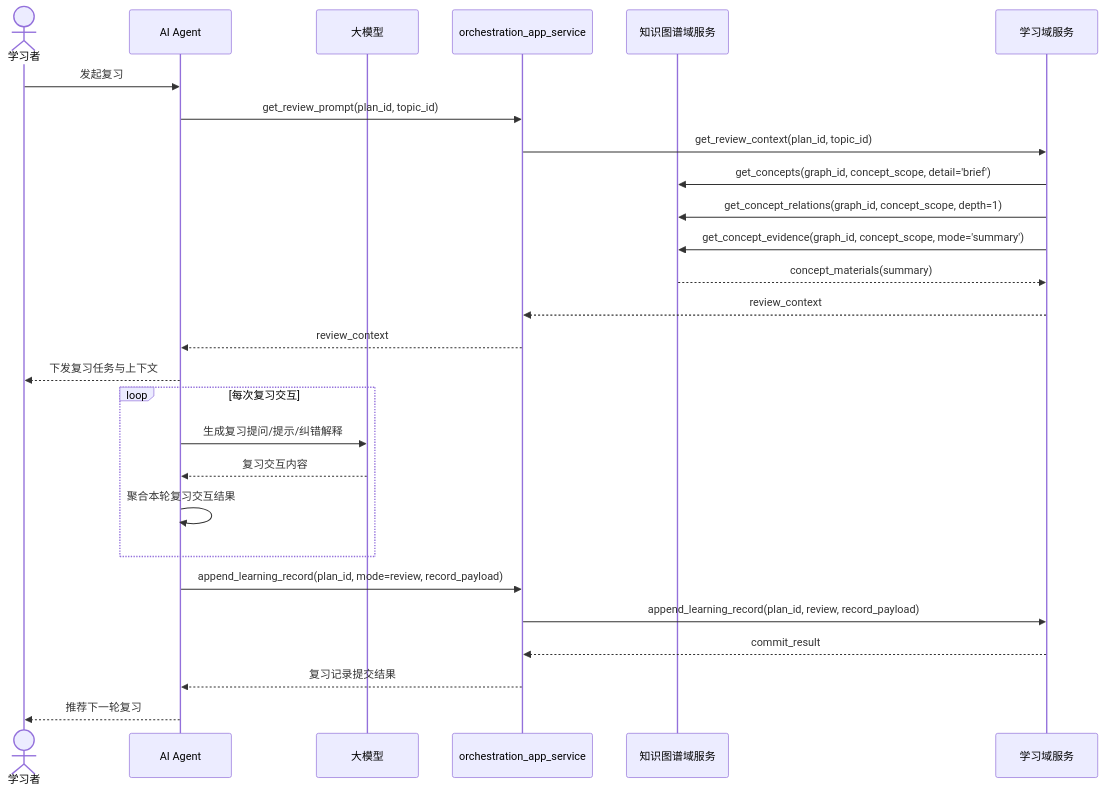
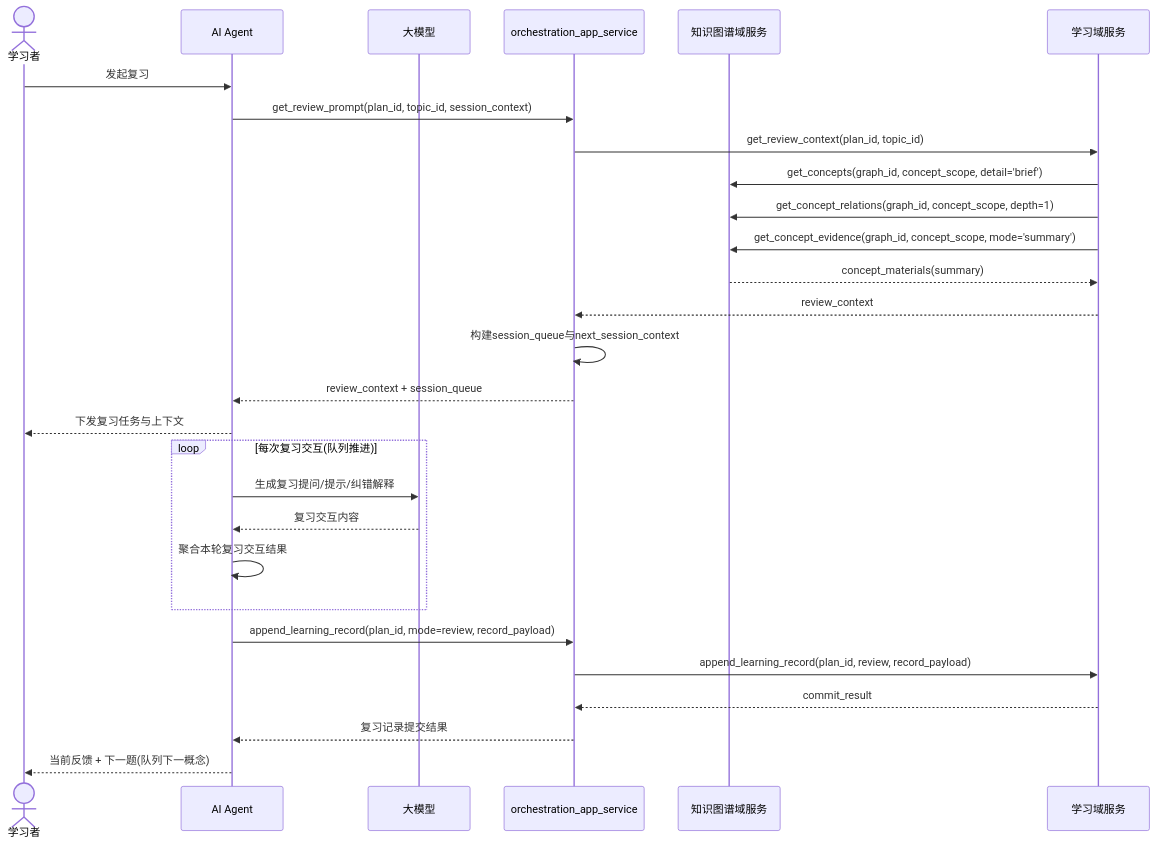
The fifth of 7 diagrams in docs/architecture-design.md (alavten/learn-socratic), drawn with Mermaid before and after one commit. The commit also changed other lines of this file and 44 other files, not shown here.

Commit message:
feat:学习计划对应到知识图谱级别,并支持随着学习增加学习任务更新学习计划

````diff
--- a/docs/architecture-design.md
+++ b/docs/architecture-design.md
@@ -225,30 +217,31 @@
 ```mermaid
 sequenceDiagram
   actor User as 学习者
   participant Agent as AI Agent
   participant LLM as 大模型
   participant Orchestrator as orchestration_app_service
   participant KG as 知识图谱域服务
   participant Learning as 学习域服务
 
   User->>Agent: 发起复习
-  Agent->>Orchestrator: get_review_prompt(plan_id, topic_id)
+  Agent->>Orchestrator: get_review_prompt(plan_id, topic_id, session_context)
   Orchestrator->>Learning: get_review_context(plan_id, topic_id)
   Learning->>KG: get_concepts(graph_id, concept_scope, detail='brief')
   Learning->>KG: get_concept_relations(graph_id, concept_scope, depth=1)
   Learning->>KG: get_concept_evidence(graph_id, concept_scope, mode='summary')
   KG-->>Learning: concept_materials(summary)
   Learning-->>Orchestrator: review_context
-  Orchestrator-->>Agent: review_context
+  Orchestrator->>Orchestrator: 构建session_queue与next_session_context
+  Orchestrator-->>Agent: review_context + session_queue
   Agent-->>User: 下发复习任务与上下文
-  loop 每次复习交互
+  loop 每次复习交互(队列推进)
     Agent->>LLM: 生成复习提问/提示/纠错解释
     LLM-->>Agent: 复习交互内容
     Agent->>Agent: 聚合本轮复习交互结果
   end
   Agent->>Orchestrator: append_learning_record(plan_id, mode=review, record_payload)
   Orchestrator->>Learning: append_learning_record(plan_id, review, record_payload)
   Learning-->>Orchestrator: commit_result
   Orchestrator-->>Agent: 复习记录提交结果
-  Agent-->>User: 推荐下一轮复习
+  Agent-->>User: 当前反馈 + 下一题(队列下一概念)
 ```
````
